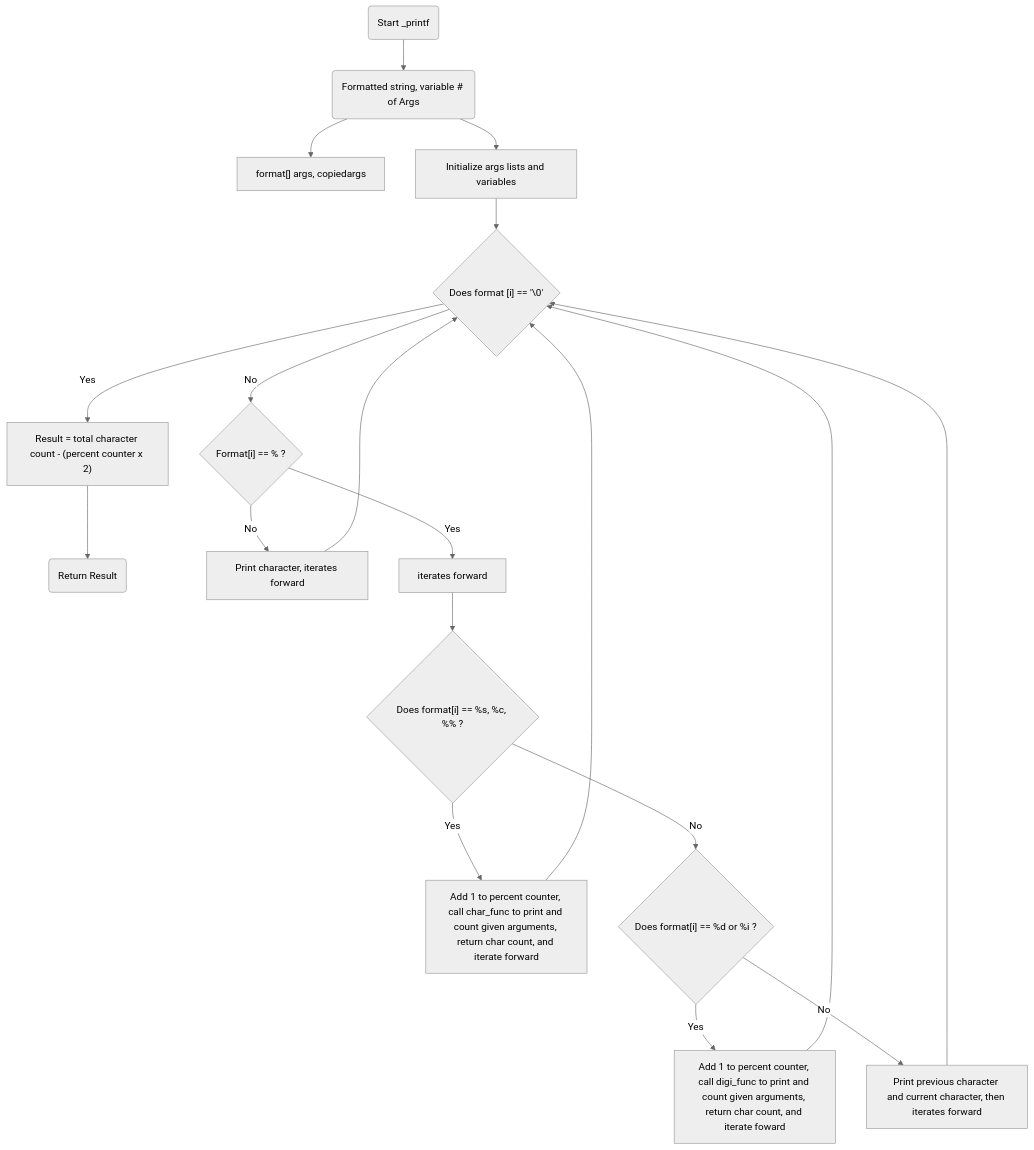
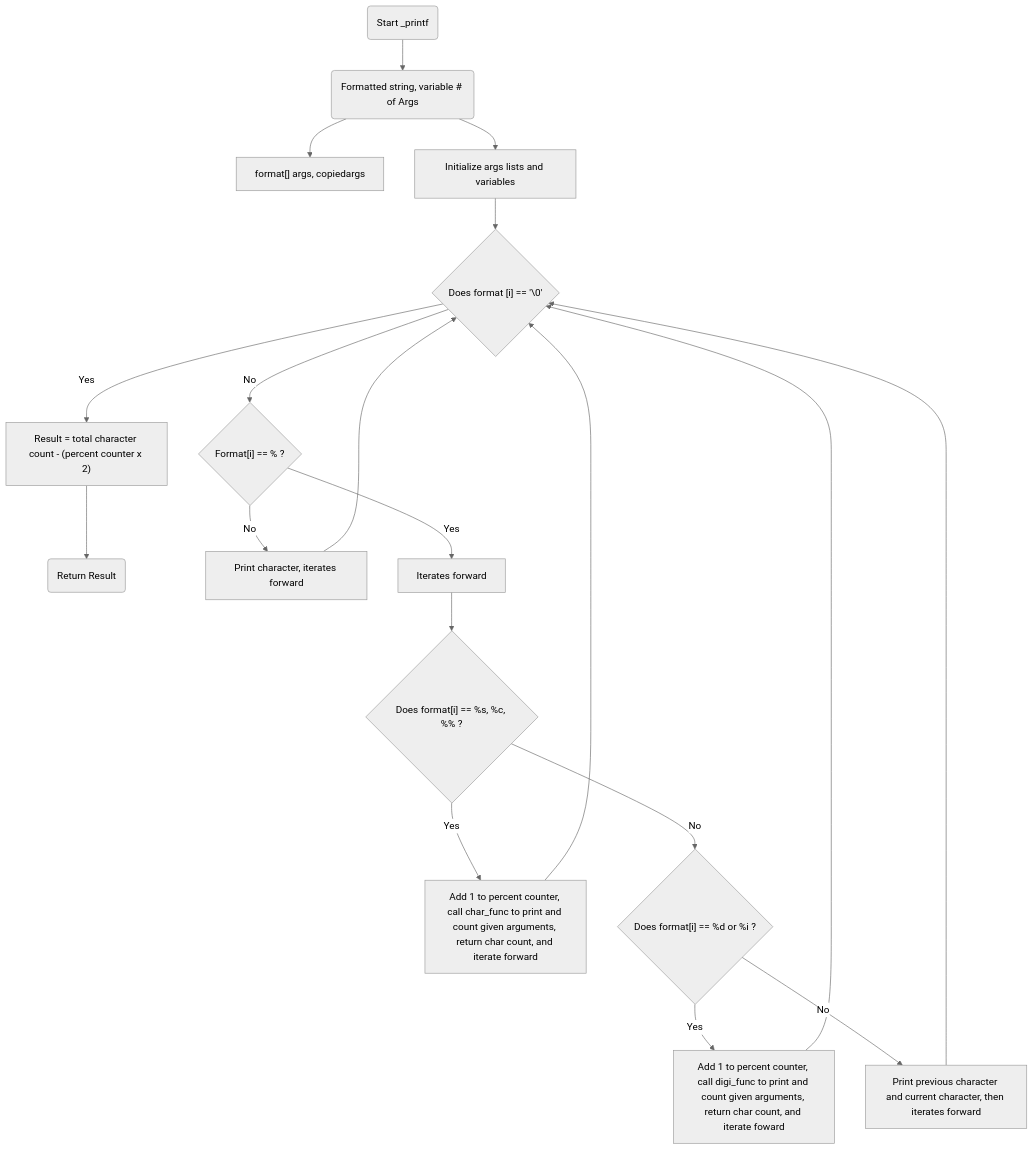
Before and after one commit to MBall0u/atlas-printf: the diagram in README.md, drawn with Mermaid (neutral theme).

Commit message:
README.md/flowchart

````diff
--- a/README.md
+++ b/README.md
@@ -32,21 +32,21 @@
 ```mermaid
 graph TD;
 	A(Start _printf) -->B(Formatted string, variable # of Args)
     B --> C["format[]" args, copiedargs]
     B --> D[Initialize args lists and variables]
     D --> E{"Does format [i]" == '\0'}
     E --> |Yes|F["Result = total character count - (percent counter x 2)"]
     F --> Z(Return Result)
     E --> |No|G{"Format[i]" == % ?}
     G --> |No|H[Print character, iterates forward]
     H --> E
-    G --> |Yes|Y[iterates forward]
+    G --> |Yes|Y[Iterates forward]
     Y --> I{"Does format[i]" == %s, %c, %% ?}
 	I --> |Yes|J[Add 1 to percent counter, call char_func to print and count given arguments, return char count, and iterate forward]
     J --> E
 	I --> |No|K{"Does format[i]" == %d or %i ?}
     K --> |Yes|L[Add 1 to percent counter, call digi_func to print and count given arguments, return char count, and iterate foward]
     L --> E
 	K --> |No|M[Print previous character and current character, then iterates forward]
     M --> E
 ```
````
